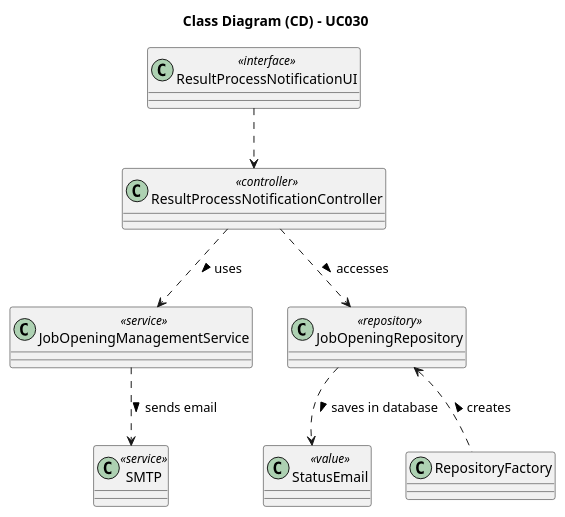
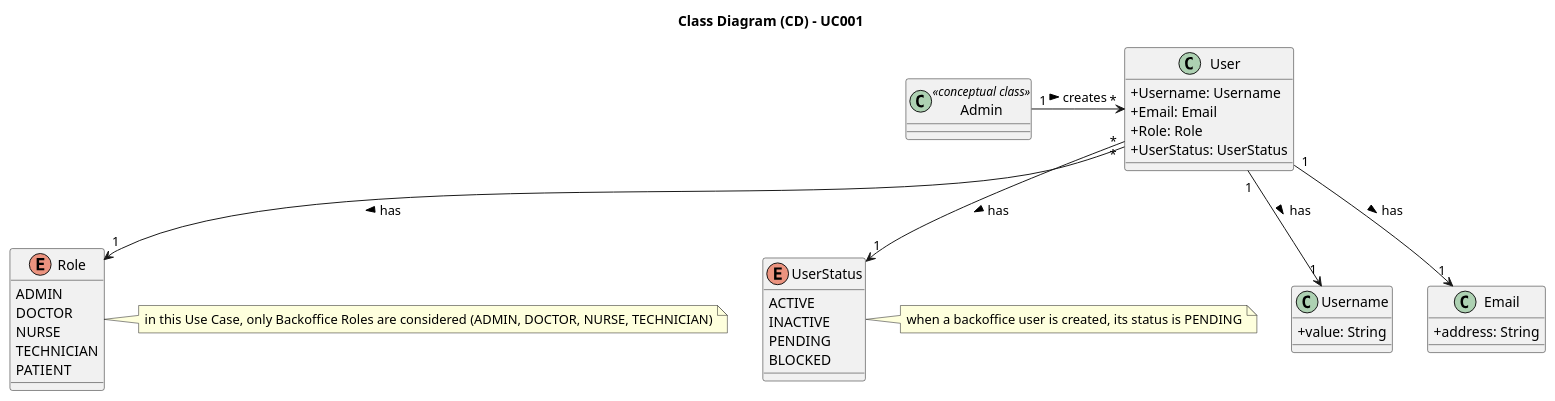
The diagram in docs/SprintA/UseCases/UC001/03.design/puml/uc001-class-diagram.puml (1221124/sem5pi-24-25-g031), drawn with PlantUML before and after one commit. The commit also changed 1 other file, not shown here.

```diff
--- a/docs/SprintA/UseCases/UC001/03.design/puml/uc001-class-diagram.puml
+++ b/docs/SprintA/UseCases/UC001/03.design/puml/uc001-class-diagram.puml
@@ -1,32 +1,51 @@
-@startuml
+@startuml uc001-class-diagram
+
 skinparam packageStyle rectangle
 skinparam shadowing false
 
 skinparam classAttributeIconSize 0
 
-title Class Diagram (CD) - UC030
+title Class Diagram (CD) - UC001
 
-class ResultProcessNotificationUI <<interface>>
+class User {
+    +Username: Username
+    +Email: Email
+    +Role: Role
+    +UserStatus: UserStatus
+}
 
-class ResultProcessNotificationController <<controller>>
+class Username {
+    +value: String
+}
 
-class JobOpeningManagementService <<service>>
+class Email {
+    +address: String
+}
 
-class JobOpeningRepository <<repository>>
+enum Role {
+    ADMIN
+    DOCTOR
+    NURSE
+    TECHNICIAN
+    PATIENT
+}
+note right of Role: in this Use Case, only Backoffice Roles are considered (ADMIN, DOCTOR, NURSE, TECHNICIAN)
 
-class StatusEmail <<value>>
+enum UserStatus {
+    ACTIVE
+    INACTIVE
+    PENDING
+    BLOCKED
+}
+note right of UserStatus: when a backoffice user is created, its status is PENDING
 
-class SMTP <<service>>
+class Admin <<conceptual class>>
 
+Admin "1" -> "*" User: creates >
 
-ResultProcessNotificationUI ..> ResultProcessNotificationController
-
-ResultProcessNotificationController ..> JobOpeningManagementService : uses >
-ResultProcessNotificationController ..> JobOpeningRepository : accesses >
-
-JobOpeningRepository <.. RepositoryFactory : creates <
-JobOpeningRepository ..> StatusEmail : saves in database >
-
-JobOpeningManagementService ..> SMTP : sends email >
+User "1" --> "1" Username: has >
+User "1" --> "1" Email: has >
+User "*" --> "1" Role: has >
+User "*" --> "1" UserStatus: has >
 
 @enduml
```
